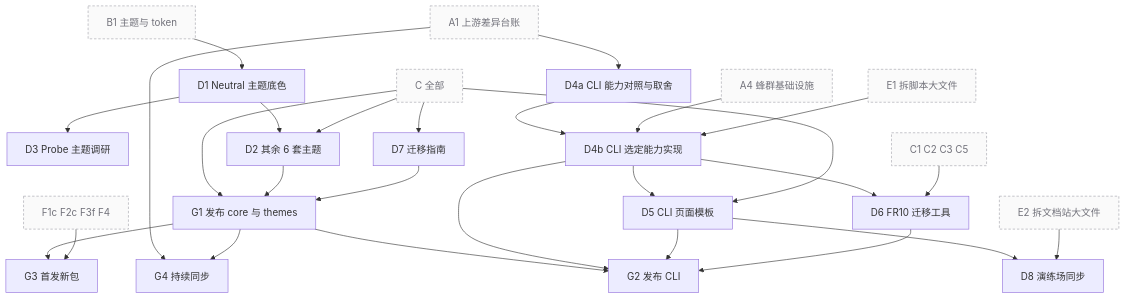
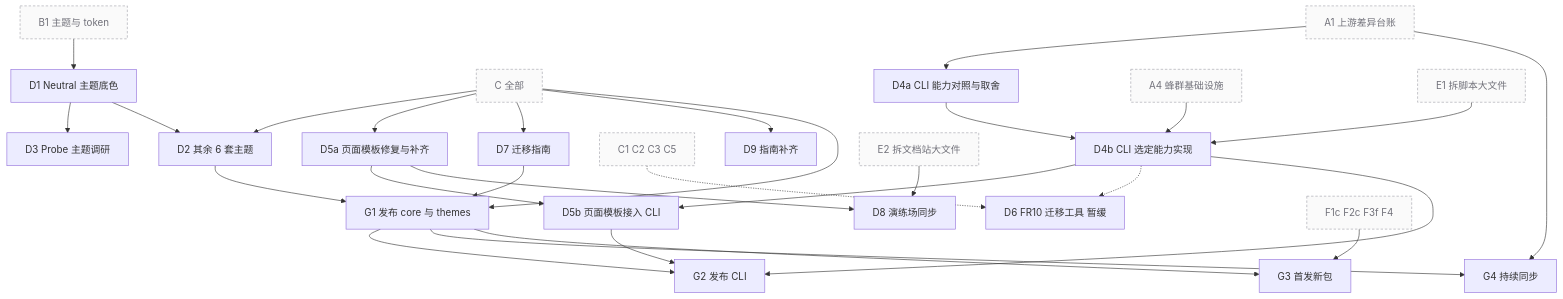
The fifth of 6 diagrams in .agents-work/upstream-sync-0.7.1/ROADMAP.md (astryx-vue/astryx-vue), drawn with Mermaid before and after one commit. The commit also changed other lines of this file and 17 other files, not shown here.

````diff
--- a/.agents-work/upstream-sync-0.7.1/ROADMAP.md
+++ b/.agents-work/upstream-sync-0.7.1/ROADMAP.md
@@ -224,24 +226,26 @@
 ```mermaid
 flowchart TB
   classDef ext fill:#fafafa,stroke:#a1a1aa,stroke-dasharray:4 3,color:#71717a
   B1["B1 主题与 token"]:::ext --> D1["D1 Neutral 主题底色"]
   D1 --> D3["D3 Probe 主题调研"]
   CALL["C 全部"]:::ext
   D1 & CALL --> D2["D2 其余 6 套主题"]
   A1["A1 上游差异台账"]:::ext --> D4a["D4a CLI 能力对照与取舍"]
   D4a --> D4b["D4b CLI 选定能力实现"]
   A4["A4 蜂群基础设施"]:::ext --> D4b
   E1["E1 拆脚本大文件"]:::ext --> D4b
-  D4b & CALL --> D5["D5 CLI 页面模板"]
-  D4b --> D6["D6 FR10 迁移工具"]
-  C1235["C1 C2 C3 C5"]:::ext --> D6
+  CALL --> D5a["D5a 页面模板修复与补齐"]
+  D5a & D4b --> D5b["D5b 页面模板接入 CLI"]
+  D4b -.-> D6["D6 FR10 迁移工具 暂缓"]
+  C1235["C1 C2 C3 C5"]:::ext -.-> D6
   CALL --> D7["D7 迁移指南"]
-  D5 --> D8["D8 演练场同步"]
+  CALL --> D9["D9 指南补齐"]
+  D5a --> D8["D8 演练场同步"]
   E2["E2 拆文档站大文件"]:::ext --> D8
   CALL & D2 & D7 --> G1["G1 发布 core 与 themes"]
-  G1 & D4b & D5 & D6 --> G2["G2 发布 CLI"]
+  G1 & D4b & D5b --> G2["G2 发布 CLI"]
   A1 --> G4["G4 持续同步"]
   G1 --> G4
   G1 --> G3["G3 首发新包"]
   FDOC["F1c F2c F3f F4"]:::ext --> G3
 ```
````
